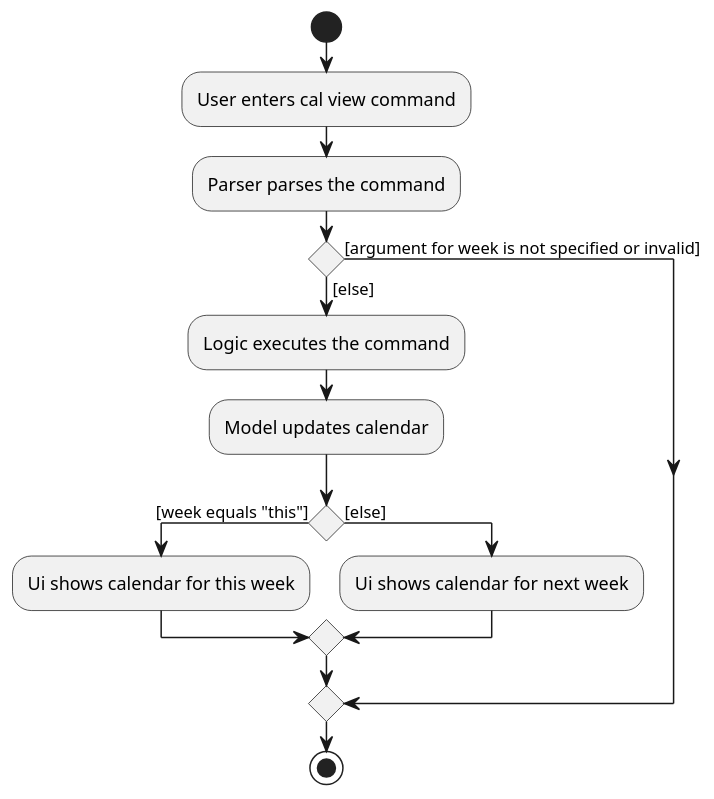
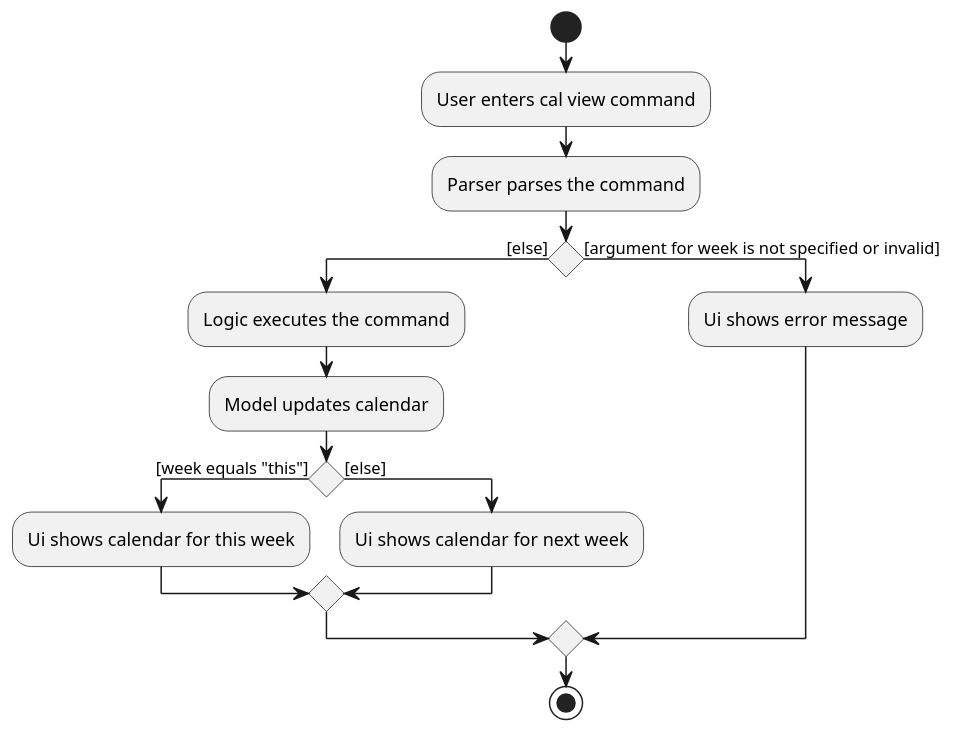
The diagram in docs/diagrams/CalViewActivityDiagram.puml (zixinn/main), drawn with PlantUML before and after one commit. The commit also changed 3 other files, not shown here.

Commit message:
update activity diagram for cal

```diff
--- a/docs/diagrams/CalViewActivityDiagram.puml
+++ b/docs/diagrams/CalViewActivityDiagram.puml
@@ -1,20 +1,21 @@
 @startuml
 scale 1.2
 start
 :User enters cal view command;
 :Parser parses the command;
 'Since the beta syntax does not support placing the condition outside the
 'diamond we place it as the true branch instead.
 
 if () then ([else])
     :Logic executes the command;
     :Model updates calendar;
     if () then ([week equals "this"])
         :Ui shows calendar for this week;
     else ([else])
         :Ui shows calendar for next week;
     endif;
 else ([argument for week is not specified or invalid])
+    :Ui shows error message;
 endif
 stop
 @enduml
```
